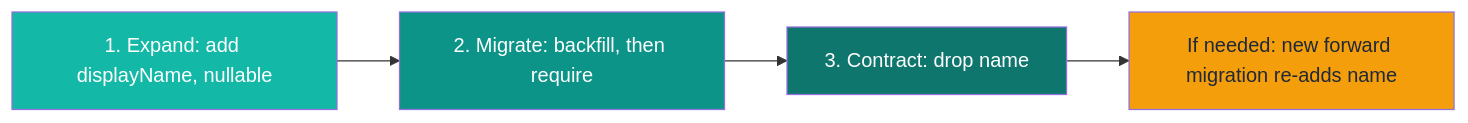
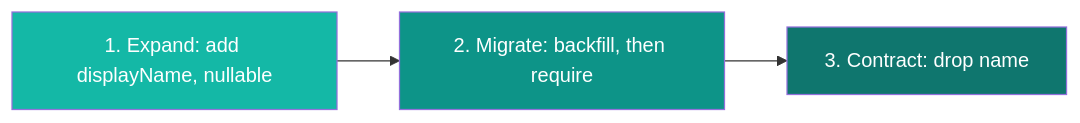
The third of 3 diagrams in apps/blog/content/blog/ship-risky-schema-changes-without-a-shared-staging-database/index.mdx (fawaz093n-netizen/web), drawn with Mermaid before and after one commit. The commit also changed other lines of this file and 1 other file, not shown here.

````diff
--- a/apps/blog/content/blog/ship-risky-schema-changes-without-a-shared-staging-database/index.mdx
+++ b/apps/blog/content/blog/ship-risky-schema-changes-without-a-shared-staging-database/index.mdx
@@ -202,10 +218,8 @@
 ```mermaid
 flowchart LR
     E[1. Expand: add displayName, nullable] --> M[2. Migrate: backfill, then require]
     M --> C[3. Contract: drop name]
-    C --> R[If needed: new forward migration re-adds name]
     style E fill:#14b8a6,color:#fff
     style M fill:#0d9488,color:#fff
     style C fill:#0f766e,color:#fff
-    style R fill:#f59e0b,color:#1f2937
 ```
````
